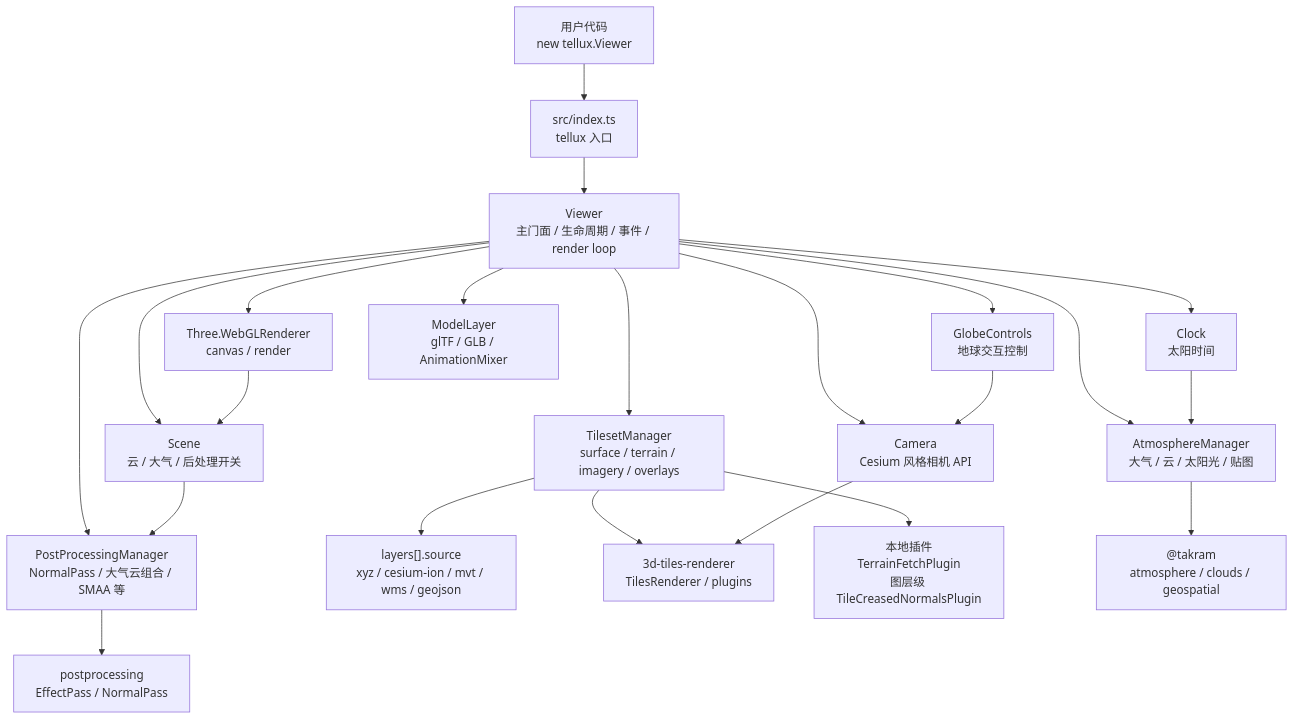
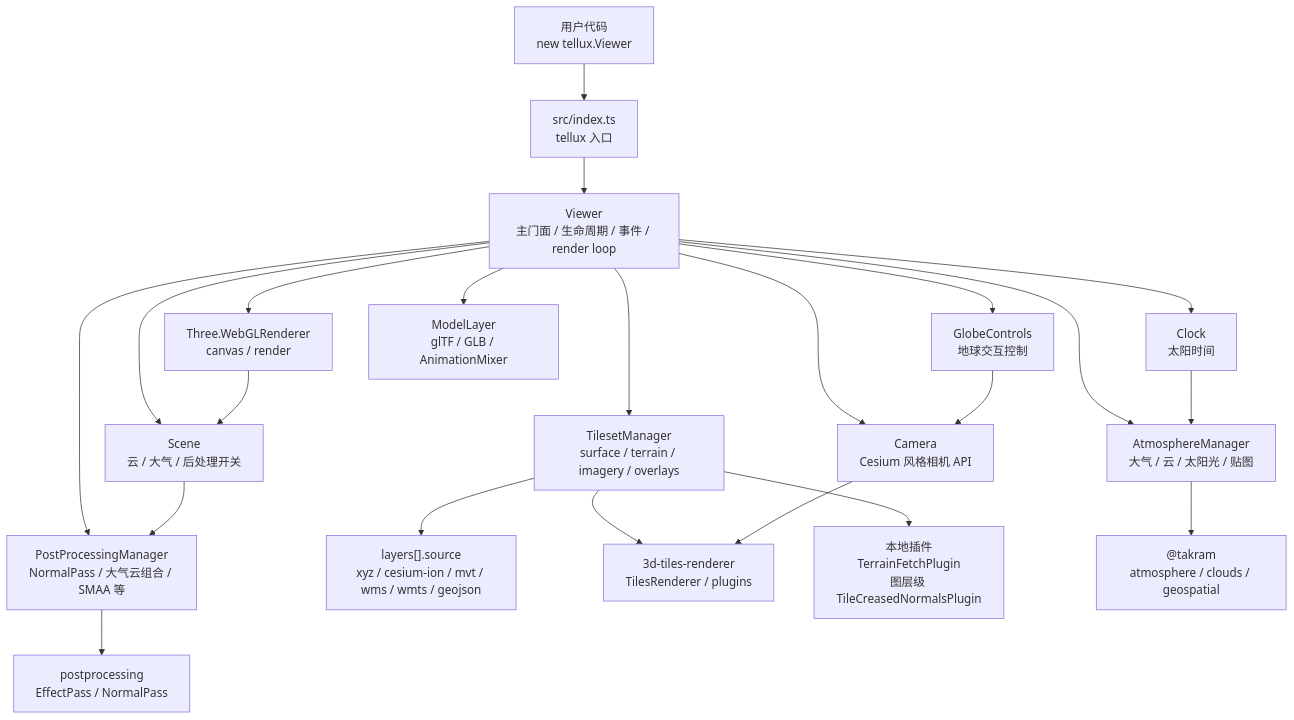
One commit to cyanfish-x/tellux changed the first of 2 diagrams in README.md. Above: the diagram before and after it, drawn with Mermaid. The commit also changed other lines of this file and 19 other files, not shown here.

Commit message:
feat: 支持wmts地图服务渲染能力，并添加天地图瓦片渲染案例

````diff
--- a/README.md
+++ b/README.md
@@ -471,29 +496,29 @@
 ```mermaid
 flowchart TB
   User["用户代码<br/>new tellux.Viewer"] --> Entry["src/index.ts<br/>tellux 入口"]
   Entry --> Viewer["Viewer<br/>主门面 / 生命周期 / 事件 / render loop"]
 
   Viewer --> Camera["Camera<br/>Cesium 风格相机 API"]
   Viewer --> Scene["Scene<br/>云 / 大气 / 后处理开关"]
   Viewer --> Clock["Clock<br/>太阳时间"]
   Viewer --> Controls["GlobeControls<br/>地球交互控制"]
   Viewer --> Renderer["Three.WebGLRenderer<br/>canvas / render"]
 
   Viewer --> TilesetManager["TilesetManager<br/>surface / terrain / imagery / overlays"]
   Viewer --> Models["ModelLayer<br/>glTF / GLB / AnimationMixer"]
   Viewer --> AtmosphereManager["AtmosphereManager<br/>大气 / 云 / 太阳光 / 贴图"]
   Viewer --> PostProcessingManager["PostProcessingManager<br/>NormalPass / 大气云组合 / SMAA 等"]
 
-  TilesetManager --> Sources["layers[].source<br/>xyz / cesium-ion / mvt / wms / geojson"]
+  TilesetManager --> Sources["layers[].source<br/>xyz / cesium-ion / mvt / wms / wmts / geojson"]
   TilesetManager --> TilesRenderer["3d-tiles-renderer<br/>TilesRenderer / plugins"]
   TilesetManager --> TilePlugins["本地插件<br/>TerrainFetchPlugin<br/>图层级 TileCreasedNormalsPlugin"]
 
   AtmosphereManager --> Takram["@takram<br/>atmosphere / clouds / geospatial"]
   PostProcessingManager --> Postprocessing["postprocessing<br/>EffectPass / NormalPass"]
 
   Scene --> PostProcessingManager
   Clock --> AtmosphereManager
   Camera --> TilesRenderer
   Controls --> Camera
   Renderer --> Scene
 ```
````
